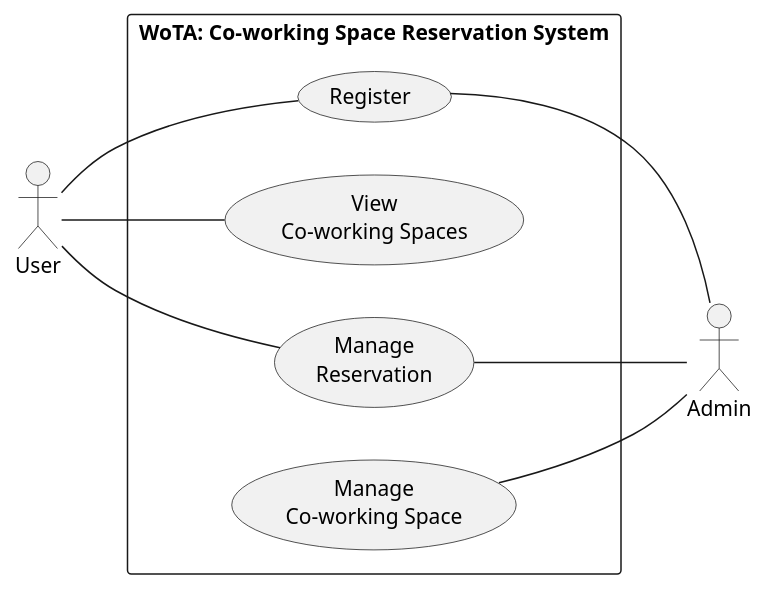
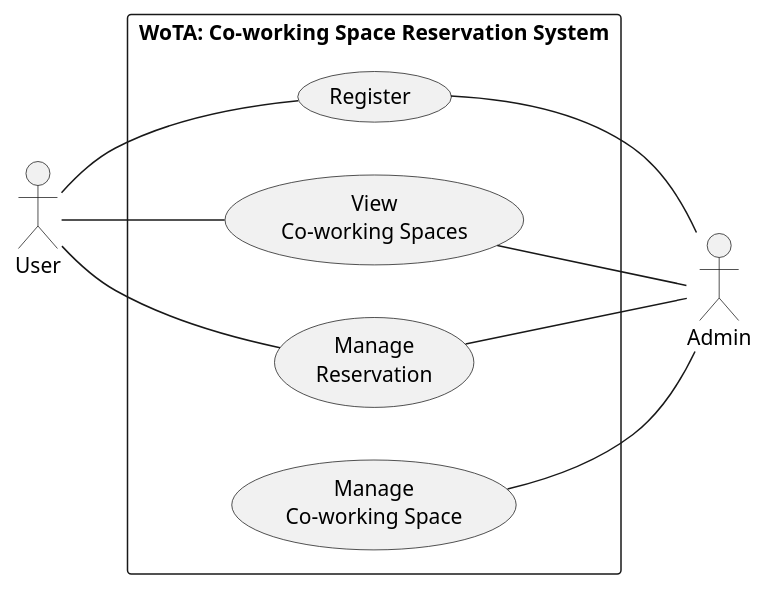
The diagram in VacQusecase.puml (6870044021/swpracticetermproject), drawn with PlantUML before and after one commit.

Commit message:
Refined Use Case Diagram

```diff
--- a/VacQusecase.puml
+++ b/VacQusecase.puml
@@ -1,25 +1,26 @@
 @startuml WoTA_UseCase
 ' WoTA (Project #6 Co-working Space Reservation) - UML Use Case Diagram
 ' Adapted from the course VacQ use case diagram: Hospital -> Co-working Space, Appointment -> Reservation.
 ' Use cases are user goals, not steps: login/logout (FR2) is how a registered user authenticates
 ' before using them, and create/view/edit/delete are grouped as "Manage Reservation" (FR3-FR9).
 ' Extra credit requirements (A1-A13) are not drawn, as the term project instructions allow.
 left to right direction
 actor "User" as user
 rectangle "WoTA: Co-working Space Reservation System" as WoTASystem {
     usecase "Register" as register
     usecase "View\nCo-working Spaces" as viewSpaces
     usecase "Manage\nReservation" as manageReservation
     usecase "Manage\nCo-working Space" as manageSpace
 }
 
 user -- register
 user -- viewSpaces
 user -- manageReservation
 
 actor "Admin" as admin
 register -- admin
+viewSpaces -- admin
 manageSpace -- admin
 manageReservation -- admin
 
 @enduml
```
